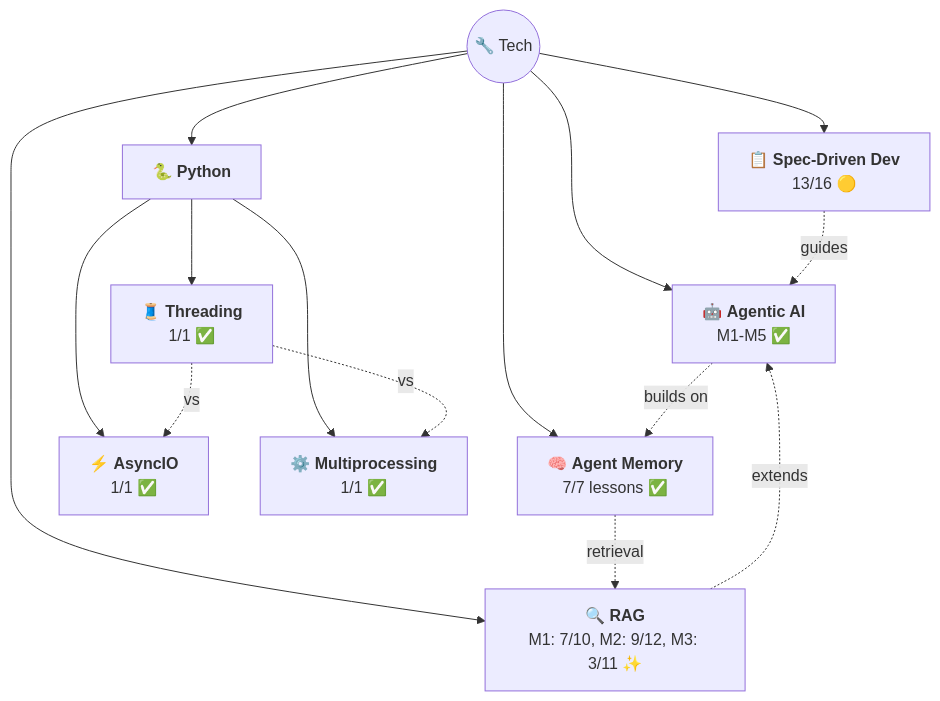
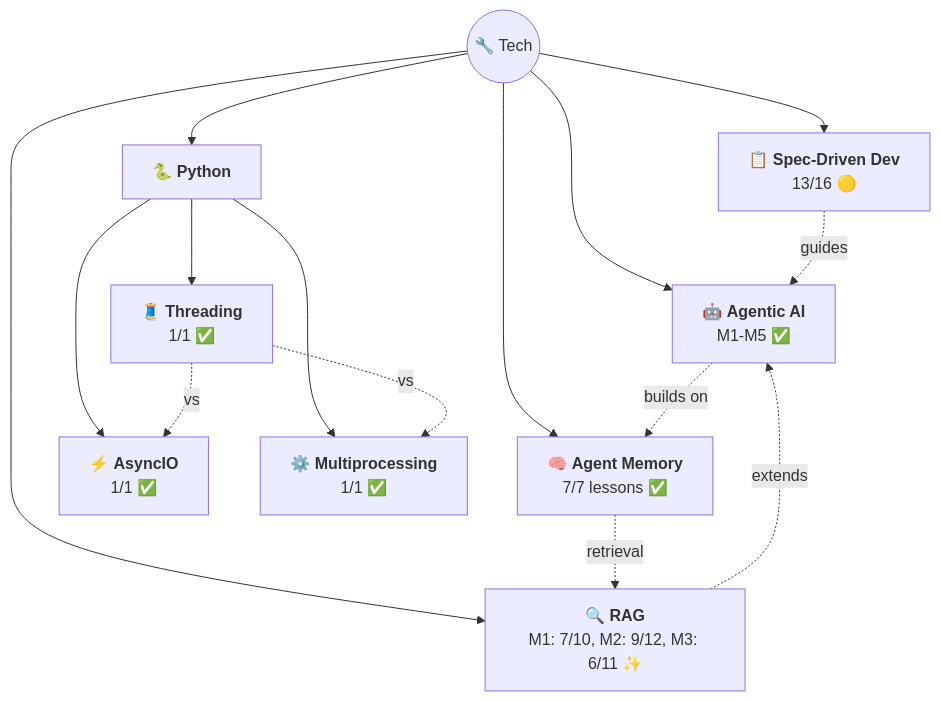
The diagram in _maps/tech.md (AyushSonuu/my-memory), drawn with Mermaid before and after one commit. The commit also changed other lines of this file and 27 other files, not shown here.

````diff
--- a/_maps/tech.md
+++ b/_maps/tech.md
@@ -5,18 +5,18 @@
 ```mermaid
 graph TB
     T(("🔧 Tech"))
     T --> AG["🤖 <b>Agentic AI</b><br/>M1-M5 ✅"]
     T --> AM["🧠 <b>Agent Memory</b><br/>7/7 lessons ✅"]
-    T --> RAG["🔍 <b>RAG</b><br/>M1: 7/10, M2: 9/12, M3: 3/11 ✨"]
+    T --> RAG["🔍 <b>RAG</b><br/>M1: 7/10, M2: 9/12, M3: 6/11 ✨"]
     T --> PY["🐍 <b>Python</b>"]
     PY --> AIO["⚡ <b>AsyncIO</b><br/>1/1 ✅"]
     PY --> THR["🧵 <b>Threading</b><br/>1/1 ✅"]
     PY --> MP["⚙️ <b>Multiprocessing</b><br/>1/1 ✅"]
     AG -.->|"builds on"| AM
     AM -.->|"retrieval"| RAG
     RAG -.->|"extends"| AG
     T --> SDD["📋 <b>Spec-Driven Dev</b><br/>13/16 🟡"]
     SDD -.->|"guides"| AG
     THR -.->|"vs"| AIO
     THR -.->|"vs"| MP
 ```
````
